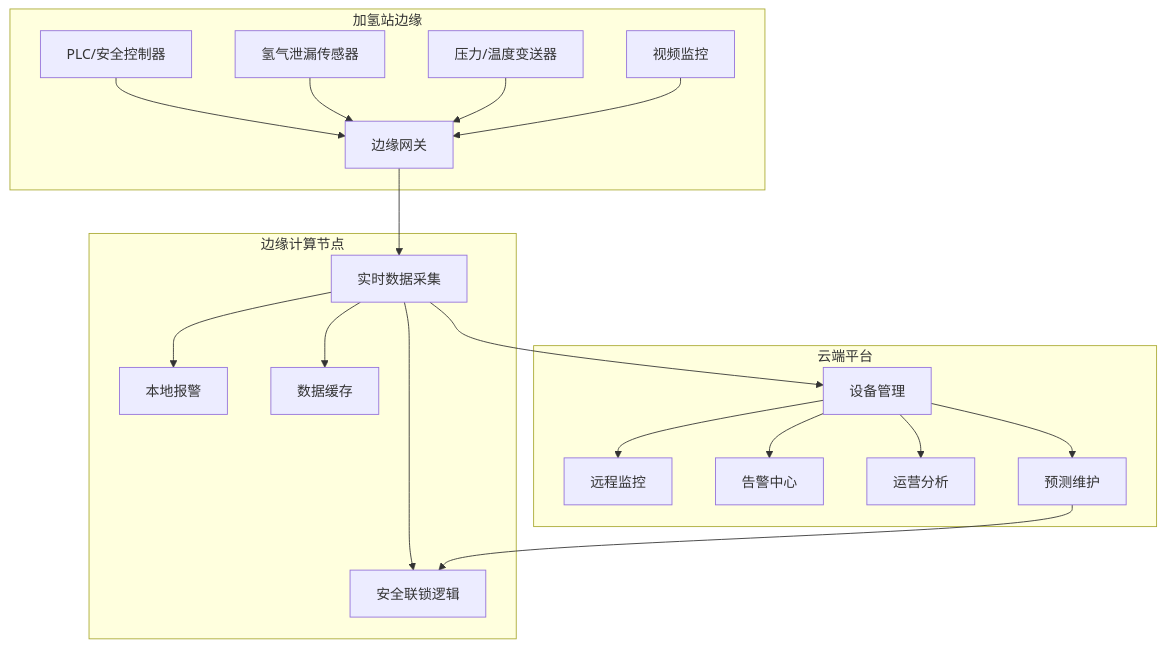
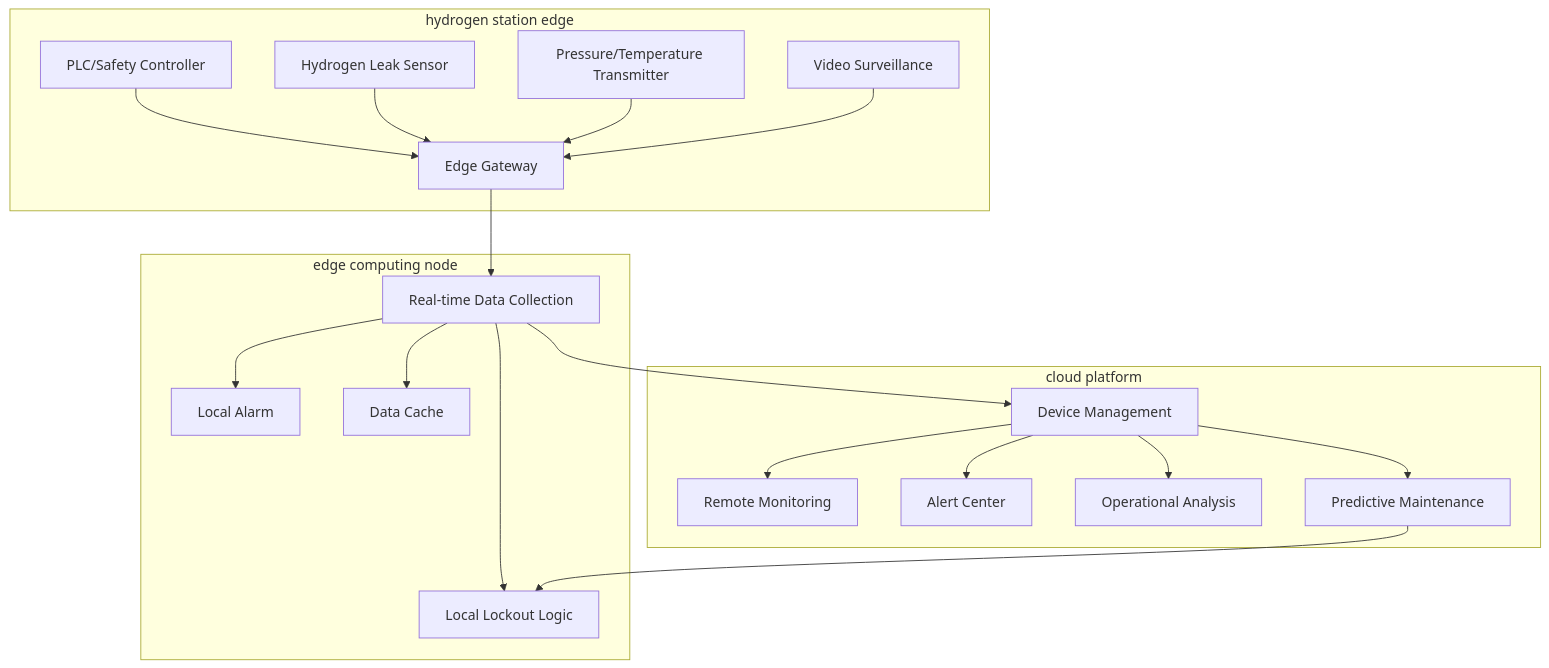
The second of 3 diagrams in tree/application/architecture/hydrogen-energy.md (teaglebuilt/knowledge-tree), drawn with Mermaid before and after one commit. The commit also changed other lines of this file and 18 other files, not shown here.

````diff
--- a/tree/application/architecture/hydrogen-energy.md
+++ b/tree/application/architecture/hydrogen-energy.md
@@ -163,32 +163,32 @@
 ```mermaid
 graph TB
-    subgraph 加氢站边缘
-        E1[PLC/安全控制器]
-        E2[氢气泄漏传感器]
-        E3[压力/温度变送器]
-        E4[边缘网关]
-        E5[视频监控]
+    subgraph hydrogen station edge
+        E1["PLC/Safety Controller"]
+        E2["Hydrogen Leak Sensor"]
+        E3["Pressure/Temperature Transmitter"]
+        E4["Edge Gateway"]
+        E5["Video Surveillance"]
     end
 
-    subgraph 边缘计算节点
-        N1[实时数据采集]
-        N2[安全联锁逻辑]
-        N3[本地报警]
-        N4[数据缓存]
+    subgraph edge computing node
+        N1["Real-time Data Collection"]
+        N2["Local Lockout Logic"]
+        N3["Local Alarm"]
+        N4["Data Cache"]
     end
 
-    subgraph 云端平台
-        C1[设备管理]
-        C2[远程监控]
-        C3[告警中心]
-        C4[运营分析]
-        C5[预测维护]
+    subgraph cloud platform
+        C1["Device Management"]
+        C2["Remote Monitoring"]
+        C3["Alert Center"]
+        C4[Operational Analysis]
+        C5[Predictive Maintenance]
     end
 
     E1 & E2 & E3 & E5 --> E4
     E4 --> N1
     N1 --> N2 & N3 & N4
     N1 --> C1
     C1 --> C2 & C3 & C4 & C5
     C5 --> N2
 ```
````
